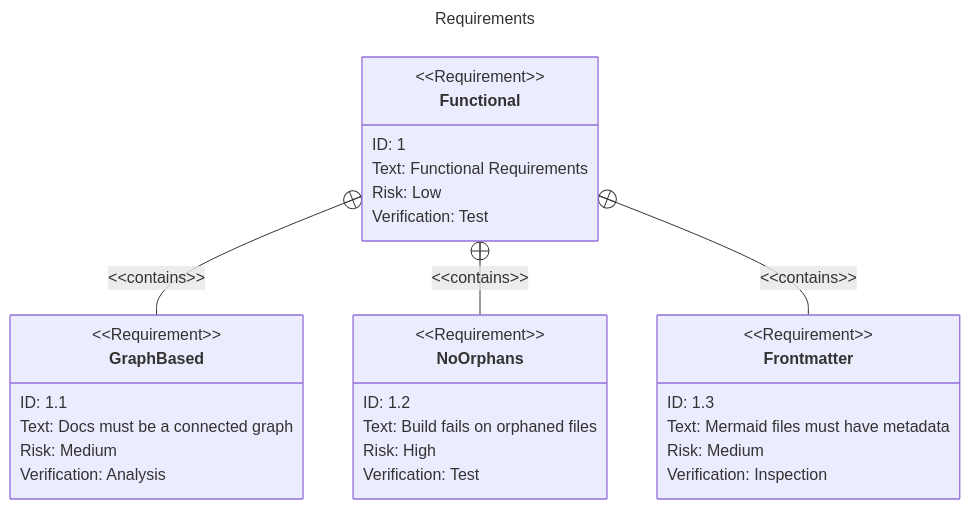
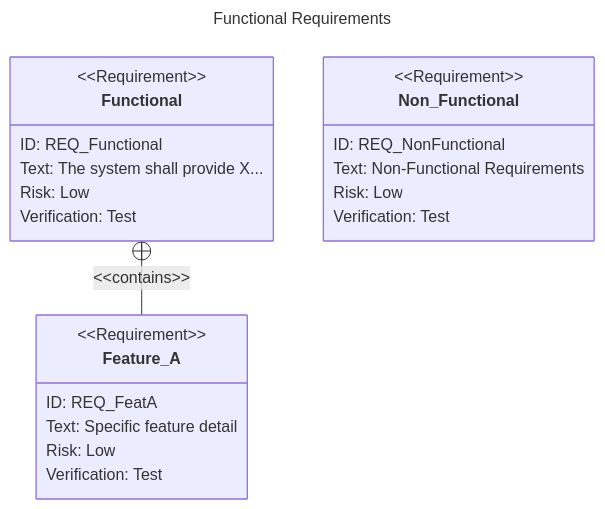
Before and after one commit to futurefoundai/foundryspec: the diagram in foundryspec/assets/discovery/requirements.mermaid, drawn with Mermaid. The commit also changed 20 other files, not shown here.

```diff
--- a/foundryspec/assets/discovery/requirements.mermaid
+++ b/foundryspec/assets/discovery/requirements.mermaid
@@ -1,37 +1,33 @@
 ---
-title: Requirements
-description: Key functional and non-functional requirements for the FoundrySpec Engine.
+title: Functional Requirements
+description: Core system capabilities.
+traceability:
+  id: "REQ_Group"
+  relationships:
+    - id: "REQ_Functional"
+      uplink: "PER_EndUser"
 ---
 requirementDiagram
 
     requirement Functional {
-        id: "1"
-        text: "Functional Requirements"
+        id: "REQ_Functional"
+        text: "The system shall provide X..."
         risk: Low
         verifymethod: Test
     }
 
-    requirement GraphBased {
-        id: "1.1"
-        text: "Docs must be a connected graph"
-        risk: Medium
-        verifymethod: Analysis
-    }
-
-    requirement NoOrphans {
-        id: "1.2"
-        text: "Build fails on orphaned files"
-        risk: High
+    requirement Feature_A {
+        id: "REQ_FeatA"
+        text: "Specific feature detail"
+        risk: Low
         verifymethod: Test
     }
 
-    requirement Frontmatter {
-        id: "1.3"
-        text: "Mermaid files must have metadata"
-        risk: Medium
-        verifymethod: Inspection
+    requirement Non_Functional {
+        id: "REQ_NonFunctional"
+        text: "Non-Functional Requirements"
+        risk: Low
+        verifymethod: Test
     }
 
-    Functional -contains-> GraphBased
-    Functional -contains-> NoOrphans
-    Functional -contains-> Frontmatter
+    Functional -contains-> Feature_A
```
